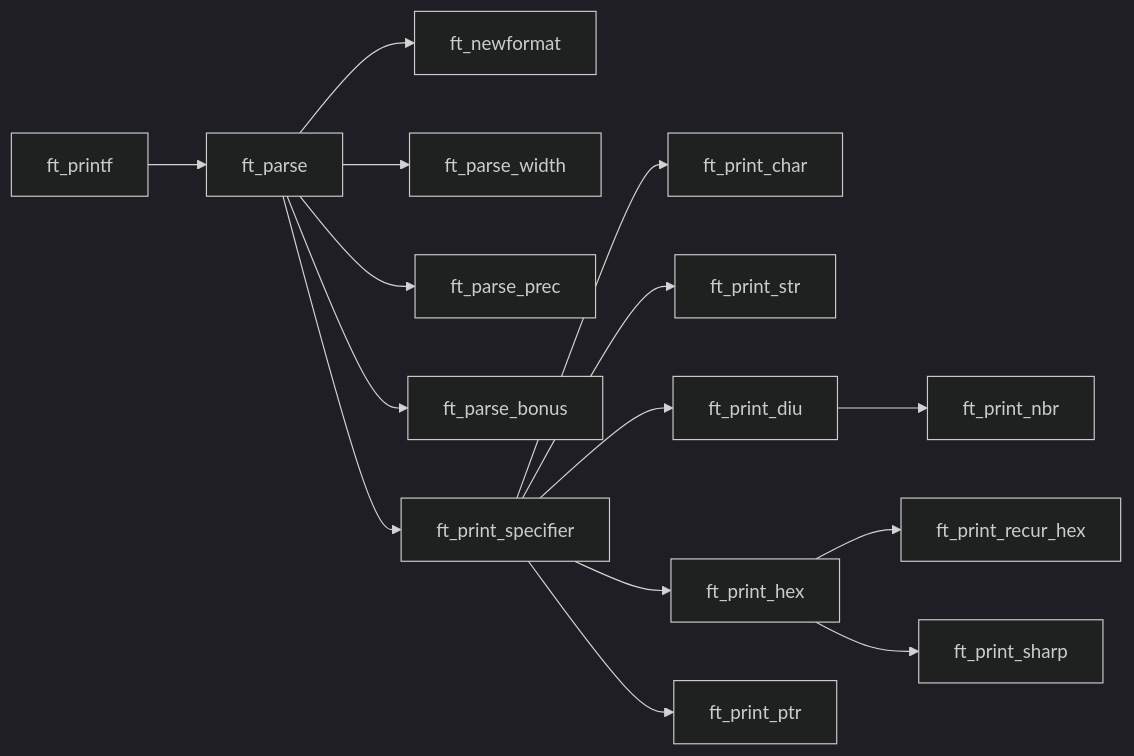
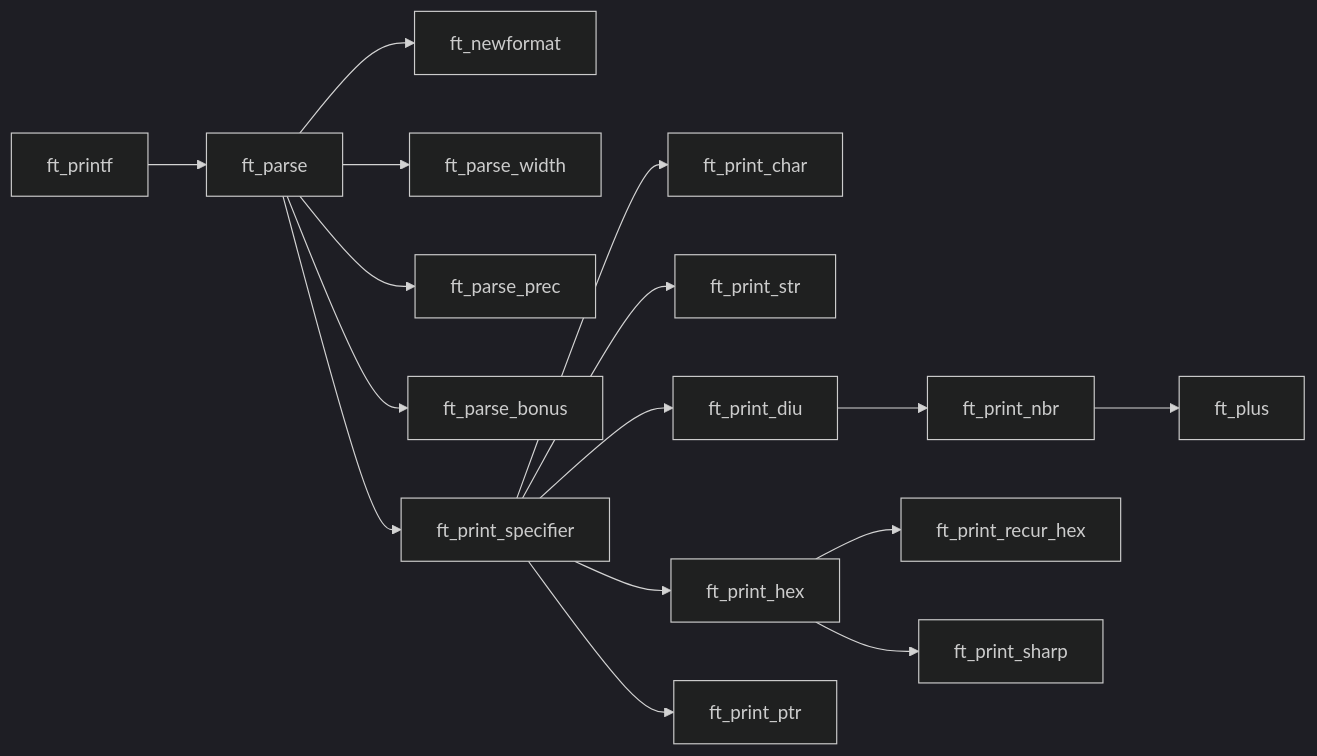
Before and after one commit to PedroZappa/42_ft_printf: the second of 2 diagrams in README.md, drawn with Mermaid (dark theme).

Commit message:
README.md : updated

````diff
--- a/README.md
+++ b/README.md
@@ -181,20 +181,21 @@
 ```mermaid
 ---
 title ft_printf Processing Flow
 ---
 graph LR;
     ft_printf-->ft_parse;
     ft_parse-->ft_newformat;
     ft_parse-->ft_parse_width;
     ft_parse-->ft_parse_prec;
     ft_parse-->ft_parse_bonus;
     ft_parse-->ft_print_specifier;
     ft_print_specifier-->ft_print_char;
     ft_print_specifier-->ft_print_str;
     ft_print_specifier-->ft_print_diu;
     ft_print_specifier-->ft_print_hex;
     ft_print_specifier-->ft_print_ptr;
     ft_print_diu-->ft_print_nbr;
+    ft_print_nbr-->ft_plus;
     ft_print_hex-->ft_print_recur_hex;
     ft_print_hex-->ft_print_sharp;
 ```
````
